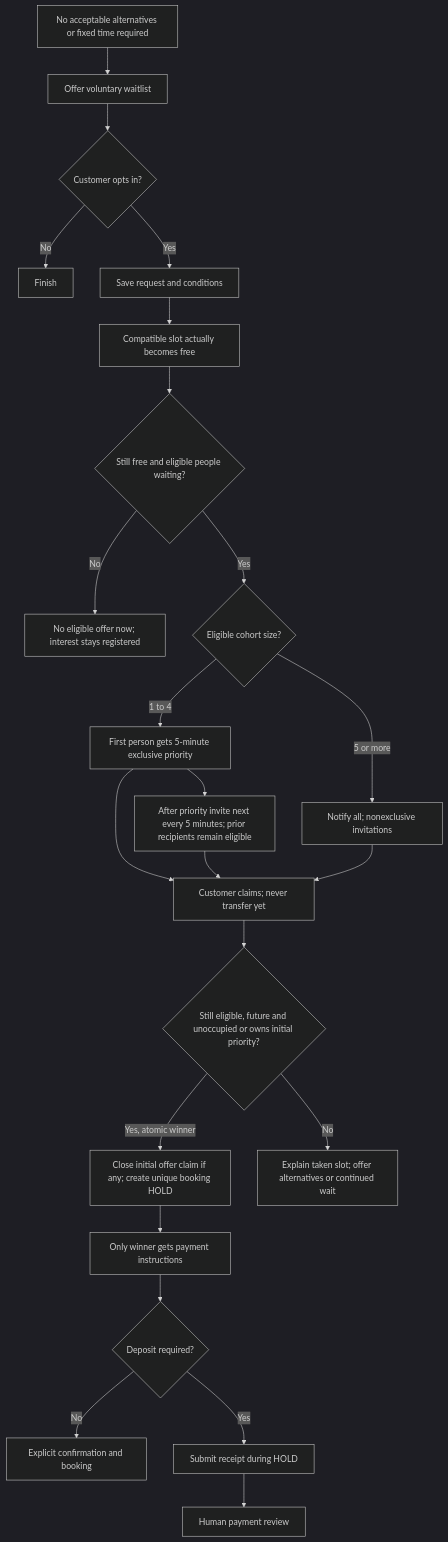
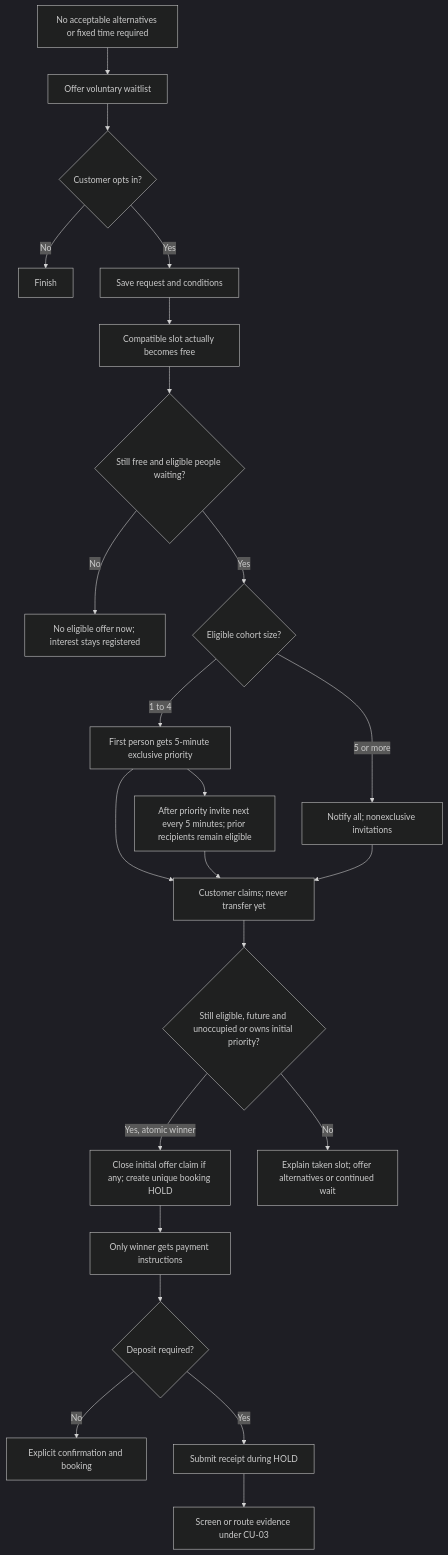
Before and after one commit to nanonoir/Agendoxa: the fourth of 8 diagrams in docs/product-specs/uc-01/flows.md, drawn with Mermaid (dark theme). The commit also changed other lines of this file and 5 other files, not shown here.

````diff
--- a/docs/product-specs/uc-01/flows.md
+++ b/docs/product-specs/uc-01/flows.md
@@ -234,25 +246,25 @@
 ```mermaid
 flowchart TD
     A[No acceptable alternatives or fixed time required] --> B[Offer voluntary waitlist]
     B --> C{Customer opts in?}
     C -->|No| Z[Finish]
     C -->|Yes| D[Save request and conditions]
     D --> E[Compatible slot actually becomes free]
     E --> F{Still free and eligible people waiting?}
     F -->|No| Z2[No eligible offer now; interest stays registered]
     F -->|Yes| G{Eligible cohort size?}
     G -->|1 to 4| H[First person gets 5-minute exclusive priority]
     G -->|5 or more| I[Notify all; nonexclusive invitations]
     H --> J[After priority invite next every 5 minutes; prior recipients remain eligible]
     H --> C1[Customer claims; never transfer yet]
     J --> C1
     I --> C1
     C1 --> R{Still eligible, future and unoccupied or owns initial priority?}
     R -->|Yes, atomic winner| K[Close initial offer claim if any; create unique booking HOLD]
     R -->|No| L[Explain taken slot; offer alternatives or continued wait]
     K --> WIN[Only winner gets payment instructions]
     WIN --> M{Deposit required?}
     M -->|No| N[Explicit confirmation and booking]
     M -->|Yes| O[Submit receipt during HOLD]
-    O --> P[Human payment review]
+    O --> P[Screen or route evidence under CU-03]
 ```
````
